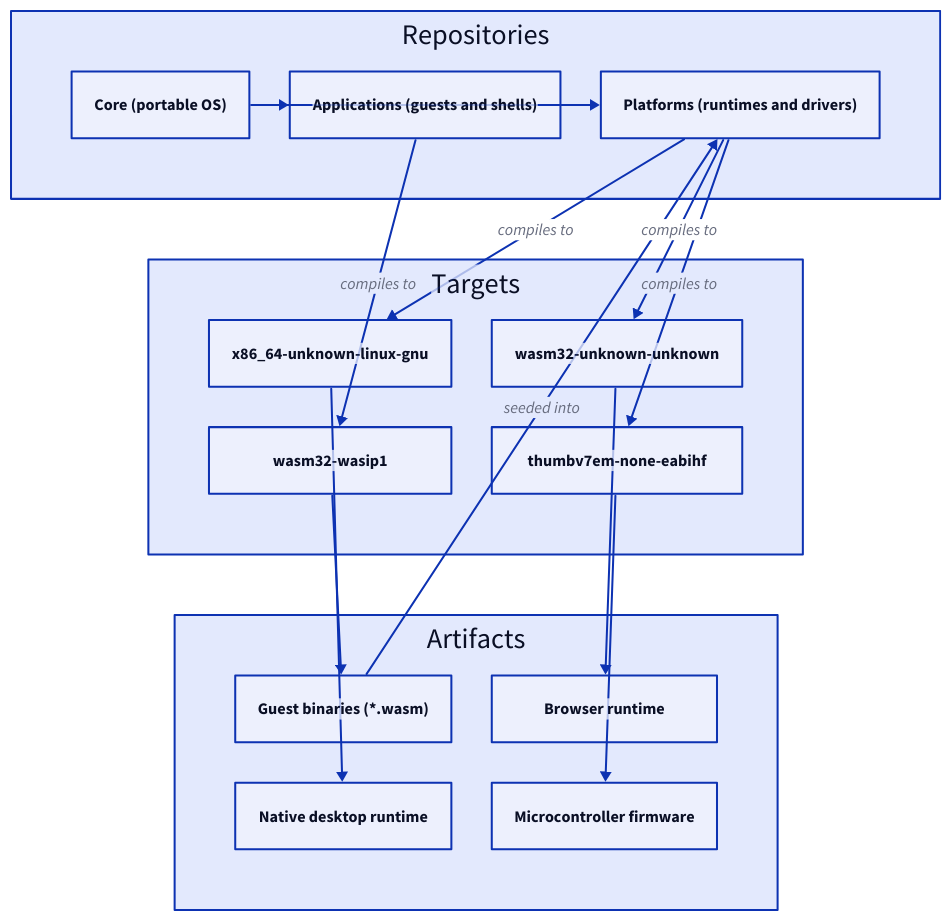
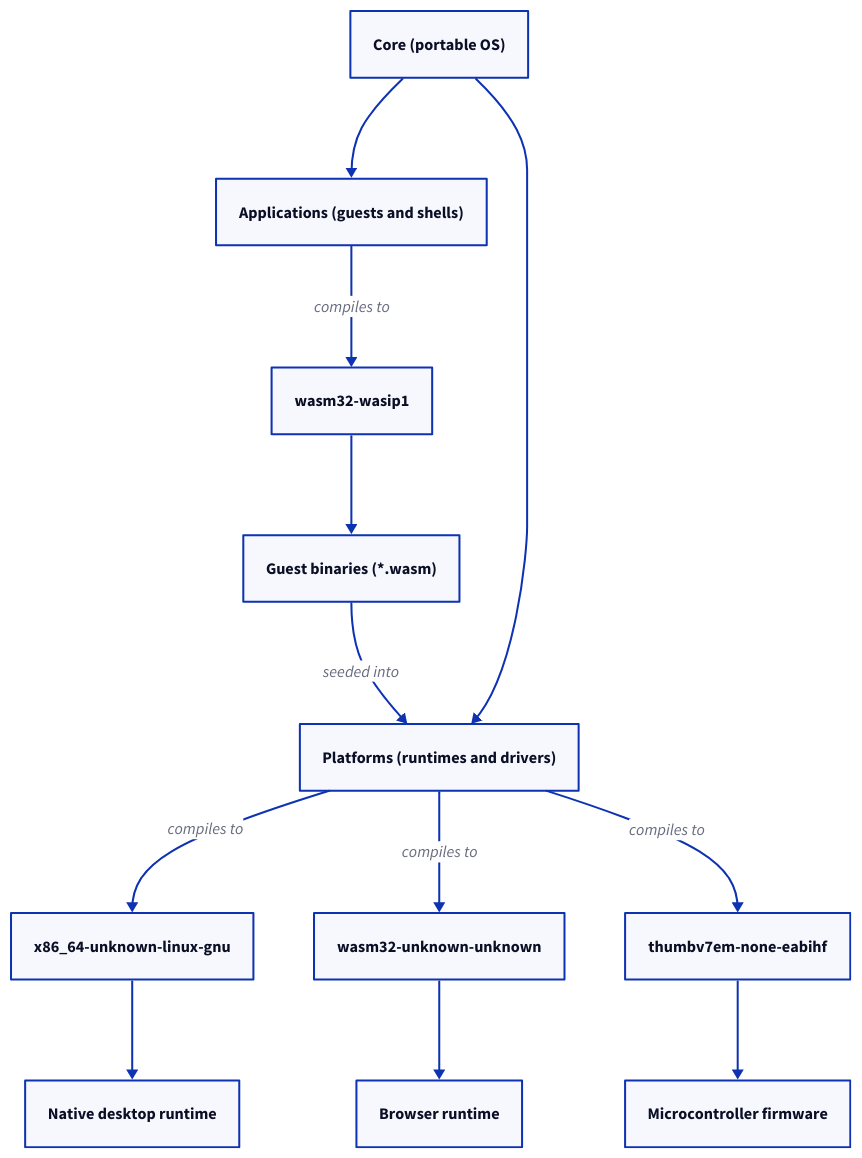
Before and after one commit to xila-project/website: the diagram in src/content/docs/explanation/development-environments.mdx, drawn with D2. The commit also changed 3 other files, not shown here.

First line of the commit message:
docs(diagrams): fix the reviewed layouts of the converted diagrams

````diff
--- a/src/content/docs/explanation/development-environments.mdx
+++ b/src/content/docs/explanation/development-environments.mdx
@@ -49,41 +49,27 @@
 ```d2 title="Which repository builds which runtime for which target"
-direction: right
+direction: down
 
-repositories: Repositories {
-  class: layer
-  grid-rows: 1
-  core: "Core (portable OS)" { class: component }
-  applications: "Applications (guests and shells)" { class: component }
-  platforms: "Platforms (runtimes and drivers)" { class: component }
-}
+core: "Core (portable OS)" { class: component }
+applications: "Applications (guests and shells)" { class: component }
+platforms: "Platforms (runtimes and drivers)" { class: focus }
+guest: "wasm32-wasip1" { class: component }
+guests: "Guest binaries (*.wasm)" { class: io }
+host: "x86_64-unknown-linux-gnu" { class: component }
+browser: "wasm32-unknown-unknown" { class: component }
+arm: "thumbv7em-none-eabihf" { class: component }
+native: "Native desktop runtime" { class: io }
+browser_runtime: "Browser runtime" { class: io }
+nano: "Microcontroller firmware" { class: io }
 
-targets: Targets {
-  class: layer
-  grid-columns: 2
-  host: "x86_64-unknown-linux-gnu" { class: component }
-  guest: "wasm32-wasip1" { class: component }
-  browser: "wasm32-unknown-unknown" { class: component }
-  arm: "thumbv7em-none-eabihf" { class: component }
-}
-
-artifacts: Artifacts {
-  class: layer
-  grid-columns: 2
-  guests: "Guest binaries (*.wasm)" { class: io }
-  native: "Native desktop runtime" { class: io }
-  browser_runtime: "Browser runtime" { class: io }
-  nano: "Microcontroller firmware" { class: io }
-}
-
-repositories.core -> repositories.applications
-repositories.core -> repositories.platforms
-repositories.applications -> targets.guest: compiles to
-targets.guest -> artifacts.guests
-artifacts.guests -> repositories.platforms: seeded into
-repositories.platforms -> targets.host: compiles to
-targets.host -> artifacts.native
-repositories.platforms -> targets.browser: compiles to
-targets.browser -> artifacts.browser_runtime
-repositories.platforms -> targets.arm: compiles to
-targets.arm -> artifacts.nano
+core -> applications
+applications -> guest: compiles to
+guest -> guests
+guests -> platforms: seeded into
+core -> platforms
+platforms -> host: compiles to
+platforms -> browser: compiles to
+platforms -> arm: compiles to
+host -> native
+browser -> browser_runtime
+arm -> nano
 ```
````
